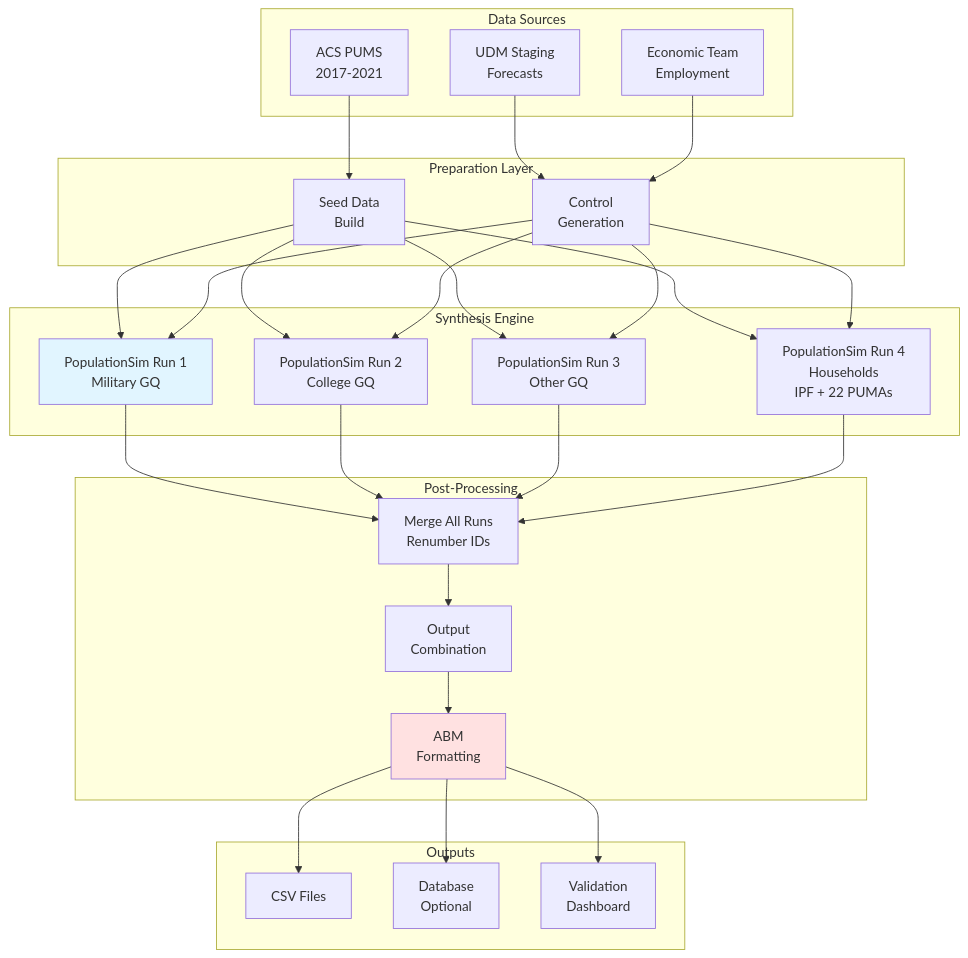
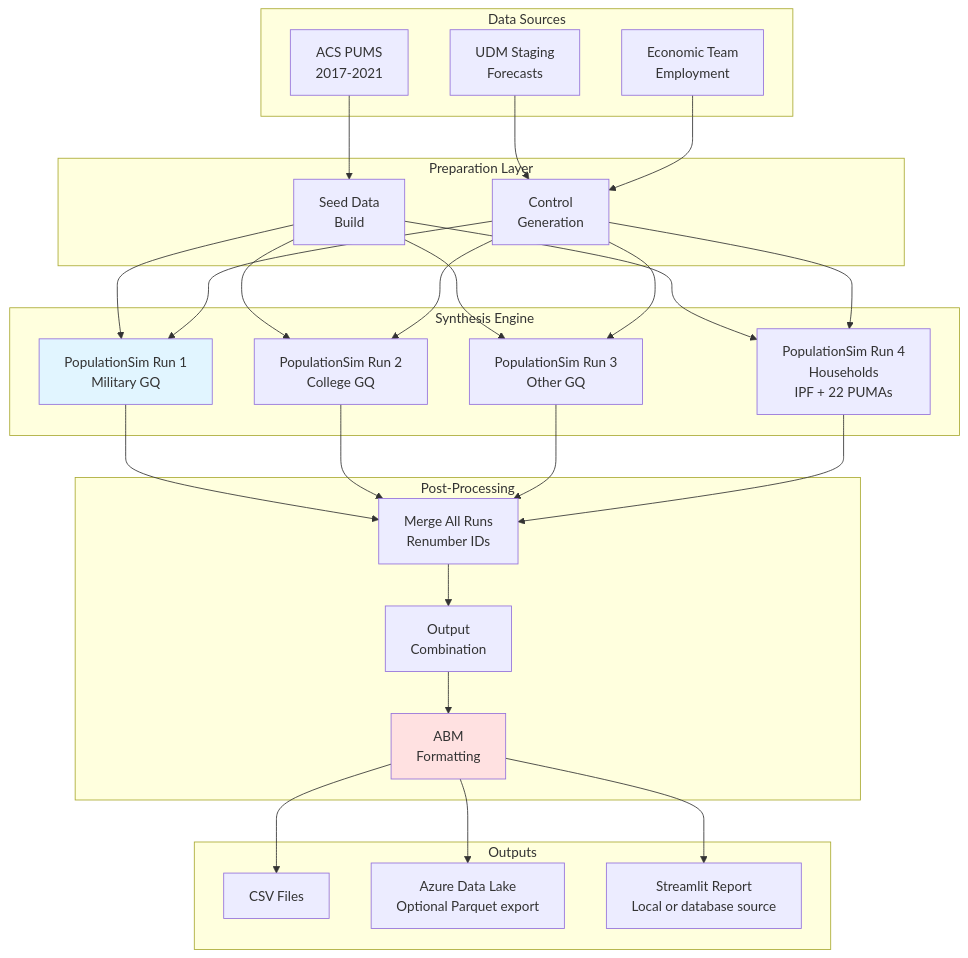
Before and after one commit to SANDAG/Population-Sim: the first of 5 diagrams in wiki/System-Overview.md, drawn with Mermaid. The commit also changed 9 other files, not shown here.

Commit message:
docs: update documentation for Azure Data Lake export and reporting benchmarks

````diff
--- a/wiki/System-Overview.md
+++ b/wiki/System-Overview.md
@@ -19,55 +19,55 @@
 ```mermaid
 flowchart TD
     subgraph "Data Sources"
         A1[ACS PUMS<br/>2017-2021]
         A2[UDM Staging<br/>Forecasts]
         A3[Economic Team<br/>Employment]
     end
     
     subgraph "Preparation Layer"
         B1[Seed Data<br/>Build]
         B2[Control<br/>Generation]
         A1 --> B1
         A2 --> B2
         A3 --> B2
     end
     
     subgraph "Synthesis Engine"
         C1[PopulationSim Run 1<br/>Military GQ]
         C2[PopulationSim Run 2<br/>College GQ]
         C3[PopulationSim Run 3<br/>Other GQ]
         C4[PopulationSim Run 4<br/>Households<br/>IPF + 22 PUMAs]
         B1 --> C1
         B1 --> C2
         B1 --> C3
         B1 --> C4
         B2 --> C1
         B2 --> C2
         B2 --> C3
         B2 --> C4
     end
     
     subgraph "Post-Processing"
         D1[Merge All Runs<br/>Renumber IDs]
         D2[Output<br/>Combination]
         D3[ABM<br/>Formatting]
         C1 --> D1
         C2 --> D1
         C3 --> D1
         C4 --> D1
         D1 --> D2
         D2 --> D3
     end
     
     subgraph "Outputs"
         E1[CSV Files]
-        E2[Database<br/>Optional]
-        E3[Validation<br/>Dashboard]
+        E2[Azure Data Lake<br/>Optional Parquet export]
+        E3[Streamlit Report<br/>Local or database source]
         D3 --> E1
         D3 --> E2
         D3 --> E3
     end
     
     style C1 fill:#e1f5ff
     style D3 fill:#ffe1e1
 ```
````
